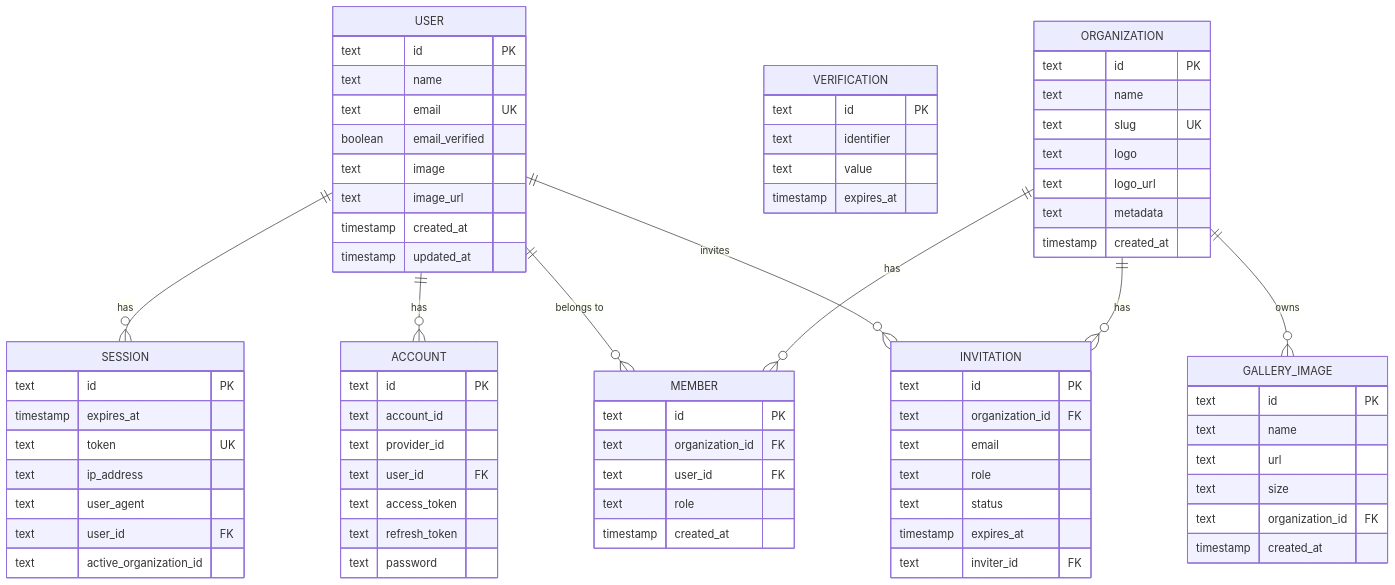
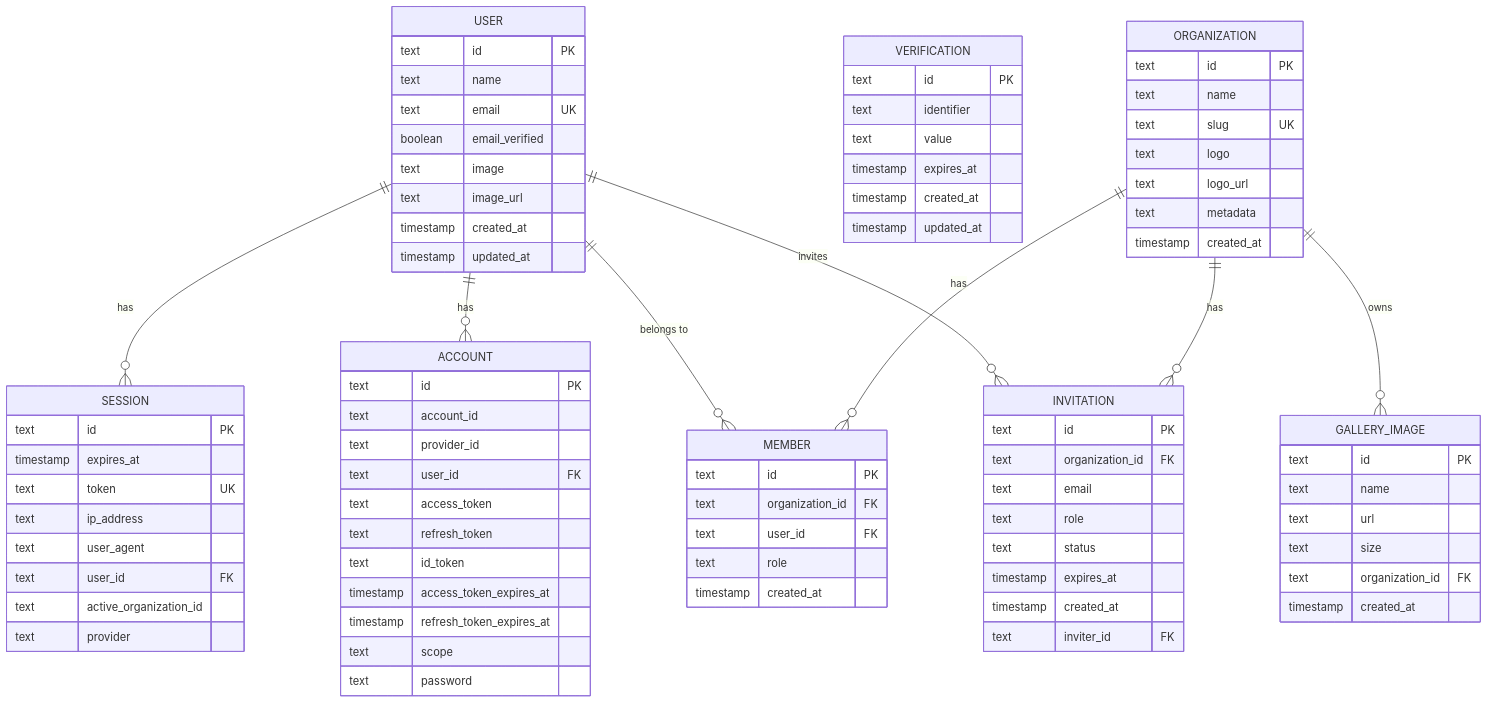
The ninth of 9 diagrams in README.md (RefactKit/RefactKit-Multitenancy), drawn with Mermaid before and after one commit. The commit also changed other lines of this file and 2 other files, not shown here.

```diff
--- a/README.md
+++ b/README.md
@@ -914,6 +914,7 @@
         text user_agent
         text user_id FK
         text active_organization_id
+        text provider
     }
 
     ACCOUNT {
@@ -923,6 +924,10 @@
         text user_id FK
         text access_token
         text refresh_token
+        text id_token
+        timestamp access_token_expires_at
+        timestamp refresh_token_expires_at
+        text scope
         text password
     }
 
@@ -931,6 +936,8 @@
         text identifier
         text value
         timestamp expires_at
+        timestamp created_at
+        timestamp updated_at
     }
 
     ORGANIZATION {
@@ -958,6 +965,7 @@
         text role
         text status
         timestamp expires_at
+        timestamp created_at
         text inviter_id FK
     }
 
```
